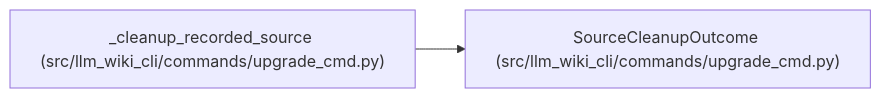
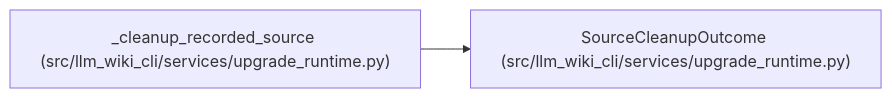
Before and after one commit to Denissvgn/python-wiki-llm: the diagram in docs/llm_wiki/entities/SourceCleanupOutcome.md, drawn with Mermaid. The commit also changed other lines of this file and 1555 other files, not shown here.

````diff
--- a/docs/llm_wiki/entities/SourceCleanupOutcome.md
+++ b/docs/llm_wiki/entities/SourceCleanupOutcome.md
@@ -28,8 +28,8 @@
 ```mermaid
 flowchart LR
-    n0["SourceCleanupOutcome (src/llm_wiki_cli/commands/upgrade_cmd.py)"]
-    n1["_cleanup_recorded_source (src/llm_wiki_cli/commands/upgrade_cmd.py)"]
+    n0["SourceCleanupOutcome (src/llm_wiki_cli/services/upgrade_runtime.py)"]
+    n1["_cleanup_recorded_source (src/llm_wiki_cli/services/upgrade_runtime.py)"]
     n1 --> n0
-    click n0 "../modules/upgrade_cmd.md"
-    click n1 "../modules/upgrade_cmd.md"
+    click n0 "../modules/upgrade_runtime.md"
+    click n1 "../modules/upgrade_runtime.md"
 ```
````
